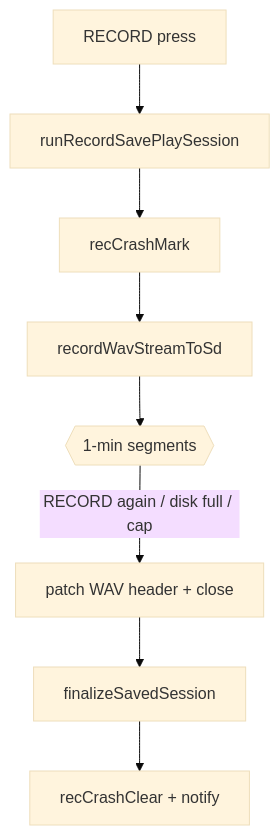
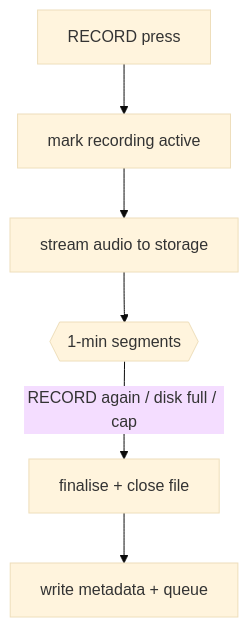
The third of 7 diagrams in docs-site/docs/guides/recorder.md (Longcao24/sate-companion), drawn with Mermaid (base theme) before and after one commit. The commit also changed other lines of this file and 17 other files, not shown here.

First line of the commit message:
docs-site: generalize published docs + add system-overview diagram

````diff
--- a/docs-site/docs/guides/recorder.md
+++ b/docs-site/docs/guides/recorder.md
@@ -369,10 +282,8 @@
 ```mermaid
 flowchart TD
-    A[RECORD press] --> B[runRecordSavePlaySession]
-    B --> C[recCrashMark]
-    C --> D[recordWavStreamToSd]
-    D --> E{{1-min segments}}
-    E -->|RECORD again / disk full / cap| F[patch WAV header + close]
-    F --> G[finalizeSavedSession]
-    G --> H[recCrashClear + notify]
+    A[RECORD press] --> B[mark recording active]
+    B --> C[stream audio to storage]
+    C --> D{{1-min segments}}
+    D -->|RECORD again / disk full / cap| E[finalise + close file]
+    E --> F[write metadata + queue]
 ```
````
